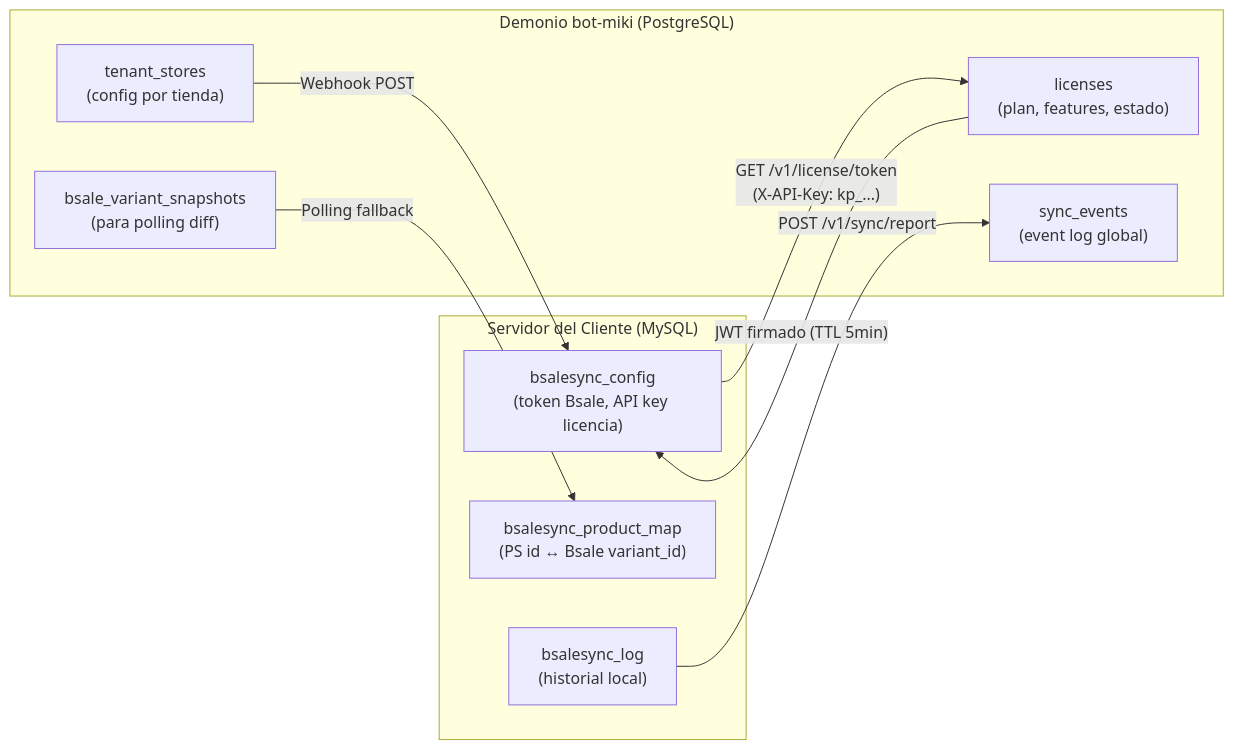
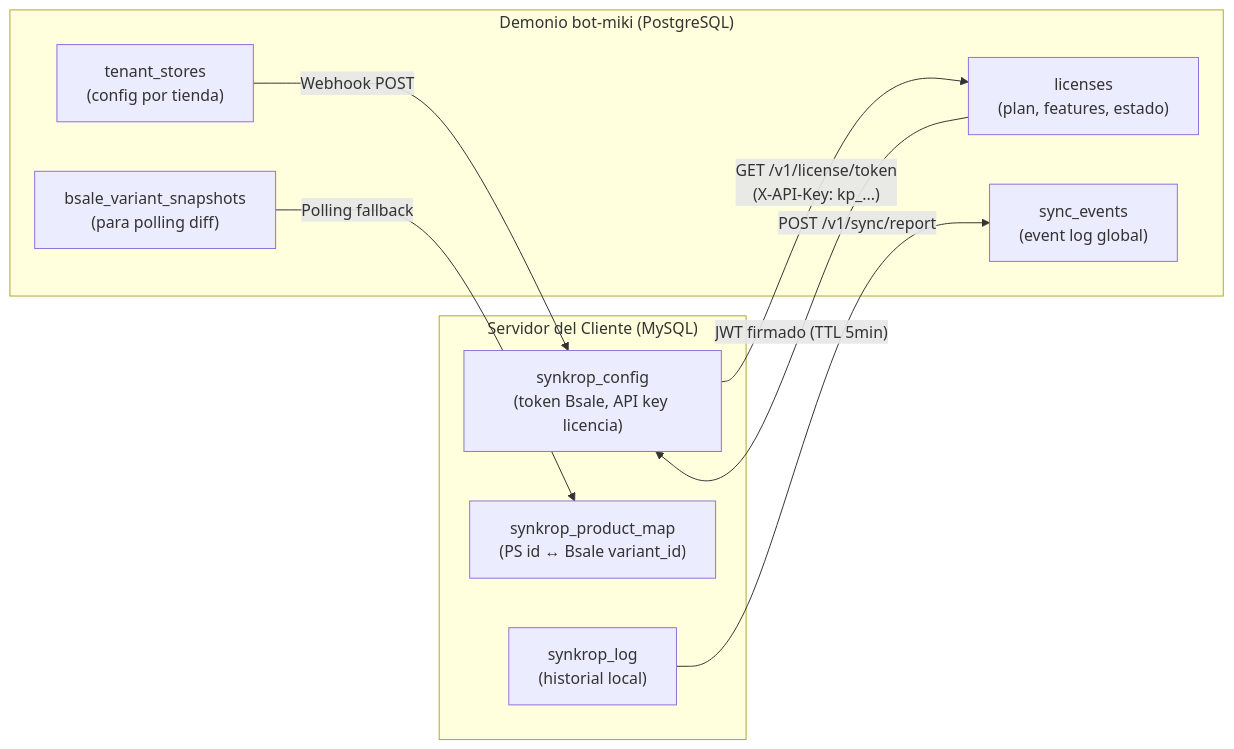
The third of 3 diagrams in docs/architecture/database-schema.md (Jpcorp/kpcrop-latam-zollner-platform), drawn with Mermaid before and after one commit. The commit also changed other lines of this file and 36 other files, not shown here.

First line of the commit message:
refactor: renombrar producto de BsaleSync a Synkrop en todo el proyecto

````diff
--- a/docs/architecture/database-schema.md
+++ b/docs/architecture/database-schema.md
@@ -263,21 +263,21 @@
 ```mermaid
 flowchart LR
     subgraph PS["Servidor del Cliente (MySQL)"]
-        PC["bsalesync_config\n(token Bsale, API key licencia)"]
-        PM["bsalesync_product_map\n(PS id ↔ Bsale variant_id)"]
-        PL["bsalesync_log\n(historial local)"]
+        PC["synkrop_config\n(token Bsale, API key licencia)"]
+        PM["synkrop_product_map\n(PS id ↔ Bsale variant_id)"]
+        PL["synkrop_log\n(historial local)"]
     end
 
     subgraph BM["Demonio bot-miki (PostgreSQL)"]
         L["licenses\n(plan, features, estado)"]
         TS["tenant_stores\n(config por tienda)"]
         SE["sync_events\n(event log global)"]
         VS["bsale_variant_snapshots\n(para polling diff)"]
     end
 
     PC -->|"GET /v1/license/token\n(X-API-Key: kp_...)"| L
     L -->|"JWT firmado (TTL 5min)"| PC
     PL -->|"POST /v1/sync/report"| SE
     TS -->|"Webhook POST"| PC
     VS -->|"Polling fallback"| PM
 ```
````
